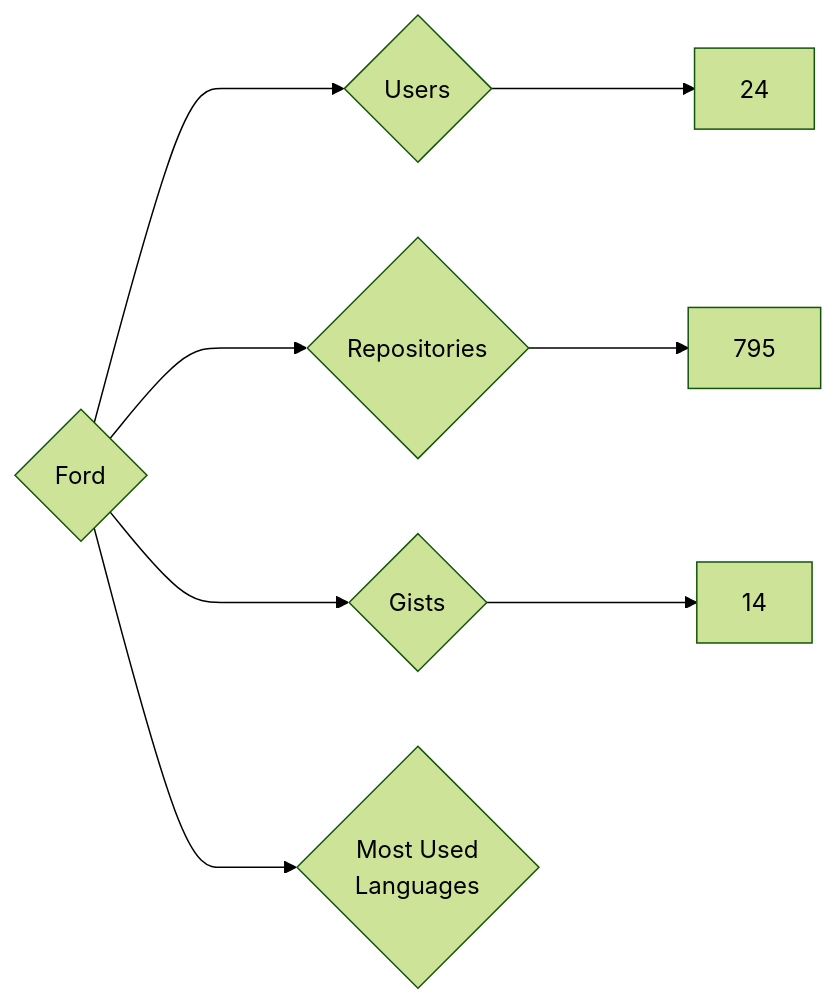
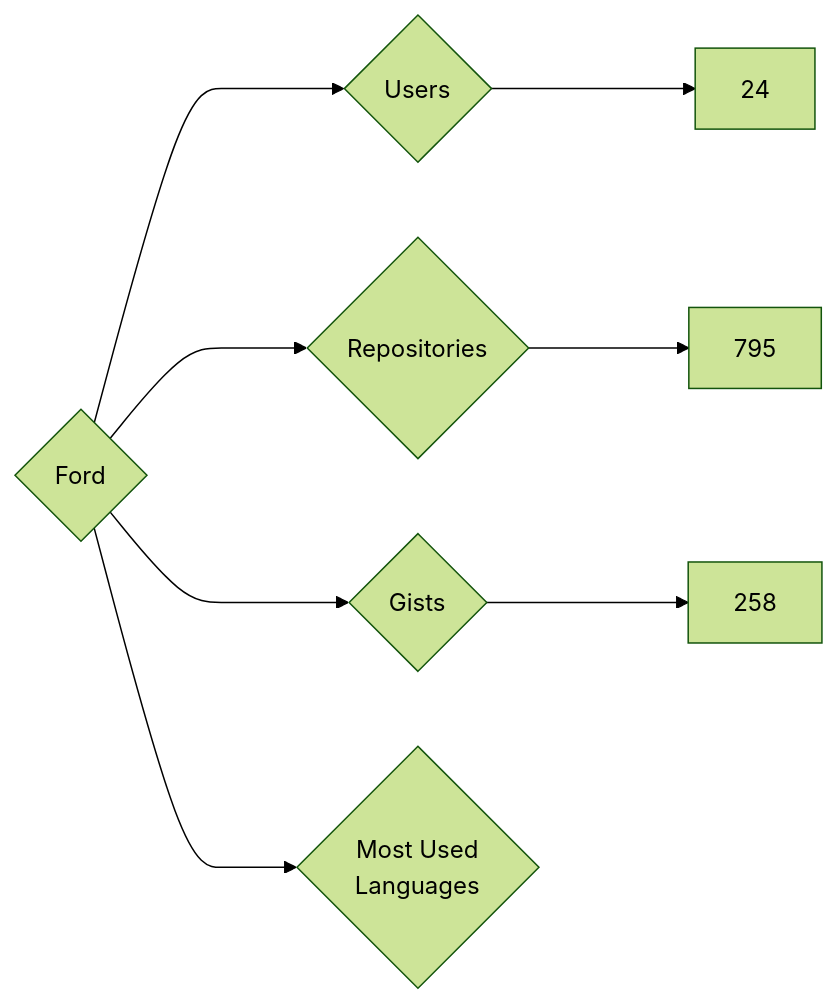
One commit to nenadzaric/insiders changed the diagram in targets/Ford/README.md. Above: the diagram before and after it, drawn with Mermaid (forest theme). The commit also changed 1342 other files, not shown here.

````diff
--- a/targets/Ford/README.md
+++ b/targets/Ford/README.md
@@ -3,8 +3,8 @@
 ```mermaid
 graph LR
 COMPANY_NAME{Ford}
 COMPANY_NAME ---> U{Users} ---> UN[24]
 COMPANY_NAME ---> R{Repositories} ---> RN[795]
-COMPANY_NAME ---> G{Gists} ---> GN[14]
+COMPANY_NAME ---> G{Gists} ---> GN[258]
 COMPANY_NAME ---> ML{Most Used<br>Languages}
 ```
````
